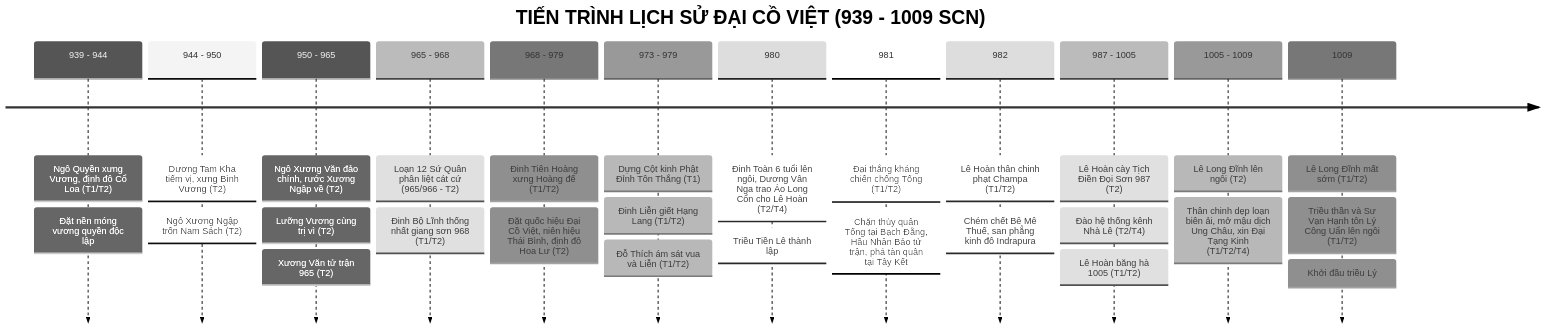
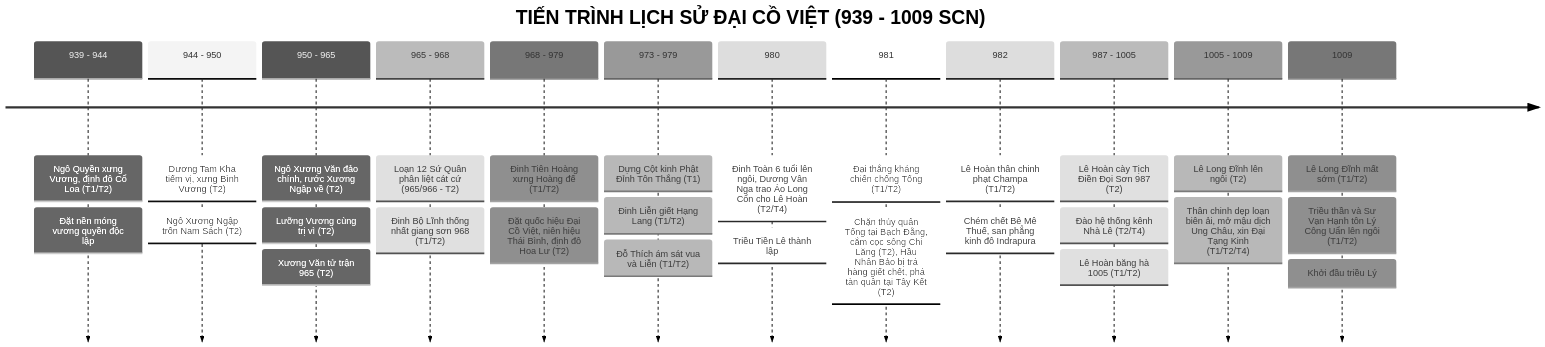
Before and after one commit to LightDucan/HuyenSu-TD: the first of 4 diagrams in docs/drafts/viet-su/939-1009/historical-context-and-timeline.md, drawn with Mermaid (neutral theme). The commit also changed other lines of this file and 3 other files, not shown here.

````diff
--- a/docs/drafts/viet-su/939-1009/historical-context-and-timeline.md
+++ b/docs/drafts/viet-su/939-1009/historical-context-and-timeline.md
@@ -13,16 +13,16 @@
 ```mermaid
 timeline
     title TIẾN TRÌNH LỊCH SỬ ĐẠI CỒ VIỆT (939 - 1009 SCN)
     939 - 944 : Ngô Quyền xưng Vương, định đô Cổ Loa (T1/T2) : Đặt nền móng vương quyền độc lập
     944 - 950 : Dương Tam Kha tiếm vị, xưng Bình Vương (T2) : Ngô Xương Ngập trốn Nam Sách (T2)
     950 - 965 : Ngô Xương Văn đảo chính, rước Xương Ngập về (T2) : Lưỡng Vương cùng trị vì (T2) : Xương Văn tử trận 965 (T2)
     965 - 968 : Loạn 12 Sứ Quân phân liệt cát cứ (965/966 - T2) : Đinh Bộ Lĩnh thống nhất giang sơn 968 (T1/T2)
     968 - 979 : Đinh Tiên Hoàng xưng Hoàng đế (T1/T2) : Đặt quốc hiệu Đại Cồ Việt, niên hiệu Thái Bình, định đô Hoa Lư (T2)
     973 - 979 : Dựng Cột kinh Phật Đỉnh Tôn Thắng (T1) : Đinh Liễn giết Hạng Lang (T1/T2) : Đỗ Thích ám sát vua và Liễn (T1/T2)
     980 : Đinh Toàn 6 tuổi lên ngôi, Dương Vân Nga trao Áo Long Cổn cho Lê Hoàn (T2/T4) : Triều Tiền Lê thành lập
-    981 : Đại thắng kháng chiến chống Tống (T1/T2) : Chặn thủy quân Tống tại Bạch Đằng, Hầu Nhân Bảo tử trận, phá tàn quân tại Tây Kết
+    981 : Đại thắng kháng chiến chống Tống (T1/T2) : Chặn thủy quân Tống tại Bạch Đằng, cắm cọc sông Chi Lăng (T2), Hầu Nhân Bảo bị trá hàng giết chết, phá tàn quân tại Tây Kết (T2)
     982 : Lê Hoàn thân chinh phạt Champa (T1/T2) : Chém chết Bê Mê Thuế, san phẳng kinh đô Indrapura
     987 - 1005 : Lê Hoàn cày Tịch Điền Đọi Sơn 987 (T2) : Đào hệ thống kênh Nhà Lê (T2/T4) : Lê Hoàn băng hà 1005 (T1/T2)
     1005 - 1009 : Lê Long Đĩnh lên ngôi (T2) : Thân chinh dẹp loạn biên ải, mở mậu dịch Ung Châu, xin Đại Tạng Kinh (T1/T2/T4)
     1009 : Lê Long Đĩnh mất sớm (T1/T2) : Triều thần và Sư Vạn Hạnh tôn Lý Công Uẩn lên ngôi (T1/T2) : Khởi đầu triều Lý
 ```
````
